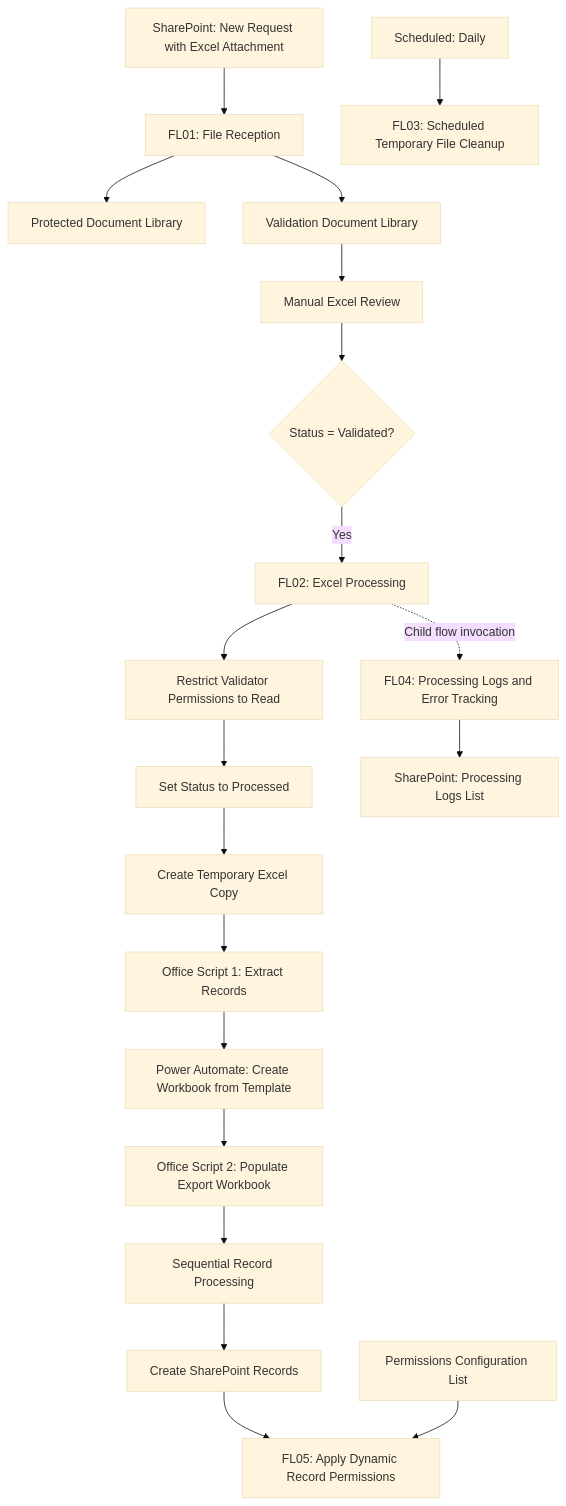
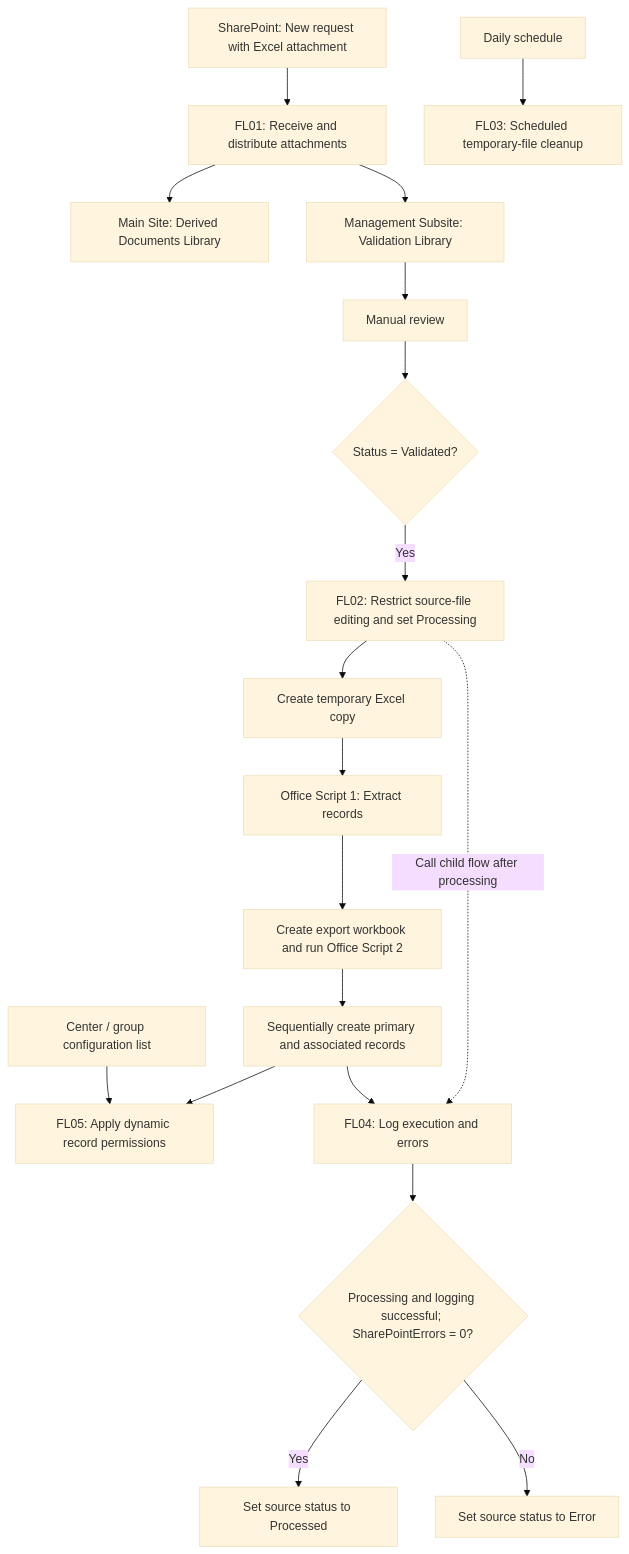
The diagram in Power-Automate/SharePoint-Excel-Automation/docs/architecture.md (smartinmunoz/power-platform-portfolio), drawn with Mermaid (base theme) before and after one commit. The commit also changed other lines of this file, not shown here.

Commit message:
docs: align English architecture with derived library and FL02 status lifecycle

````diff
--- a/Power-Automate/SharePoint-Excel-Automation/docs/architecture.md
+++ b/Power-Automate/SharePoint-Excel-Automation/docs/architecture.md
@@ -12,45 +12,40 @@
 ```mermaid
 flowchart TD
-    A["SharePoint: New Request with Excel Attachment"]
-    B["FL01: File Reception"]
-    C["Protected Document Library"]
-    D["Validation Document Library"]
-    E["Manual Excel Review"]
+    A["SharePoint: New request with Excel attachment"]
+    B["FL01: Receive and distribute attachments"]
+    C["Main Site: Derived Documents Library"]
+    D["Management Subsite: Validation Library"]
+    E["Manual review"]
     F{"Status = Validated?"}
-    G["FL02: Excel Processing"]
-    H["Restrict Validator Permissions to Read"]
-    I["Set Status to Processed"]
-    J["Create Temporary Excel Copy"]
-    K["Office Script 1: Extract Records"]
-    L["Power Automate: Create Workbook from Template"]
-    M["Office Script 2: Populate Export Workbook"]
-    N["Sequential Record Processing"]
-    O["Create SharePoint Records"]
-    P["FL05: Apply Dynamic Record Permissions"]
-    Q["Permissions Configuration List"]
-    R["FL03: Scheduled Temporary File Cleanup"]
-    T["FL04: Processing Logs and Error Tracking"]
-    U["SharePoint: Processing Logs List"]
+    G["FL02: Restrict source-file editing and set Processing"]
+    H["Create temporary Excel copy"]
+    I["Office Script 1: Extract records"]
+    J["Create export workbook and run Office Script 2"]
+    K["Sequentially create primary and associated records"]
+    L["FL05: Apply dynamic record permissions"]
+    M["Center / group configuration list"]
+    N["FL04: Log execution and errors"]
+    O{"Processing and logging successful; SharePointErrors = 0?"}
+    P["Set source status to Processed"]
+    Q["Set source status to Error"]
+    R["FL03: Scheduled temporary-file cleanup"]
 
     A --> B
     B --> C
     B --> D
     D --> E
     E --> F
     F -->|Yes| G
     G --> H
     H --> I
     I --> J
     J --> K
     K --> L
-    L --> M
-    M --> N
+    M --> L
+    G -.->|Call child flow after processing| N
+    K --> N
     N --> O
-    O --> P
-    Q --> P
-    G -.->|"Child flow invocation"| T
-    T --> U
-    S["Scheduled: Daily"]
-    S --> R
-
+    O -->|Yes| P
+    O -->|No| Q
+    S["Daily schedule"] --> R
 ```
````
